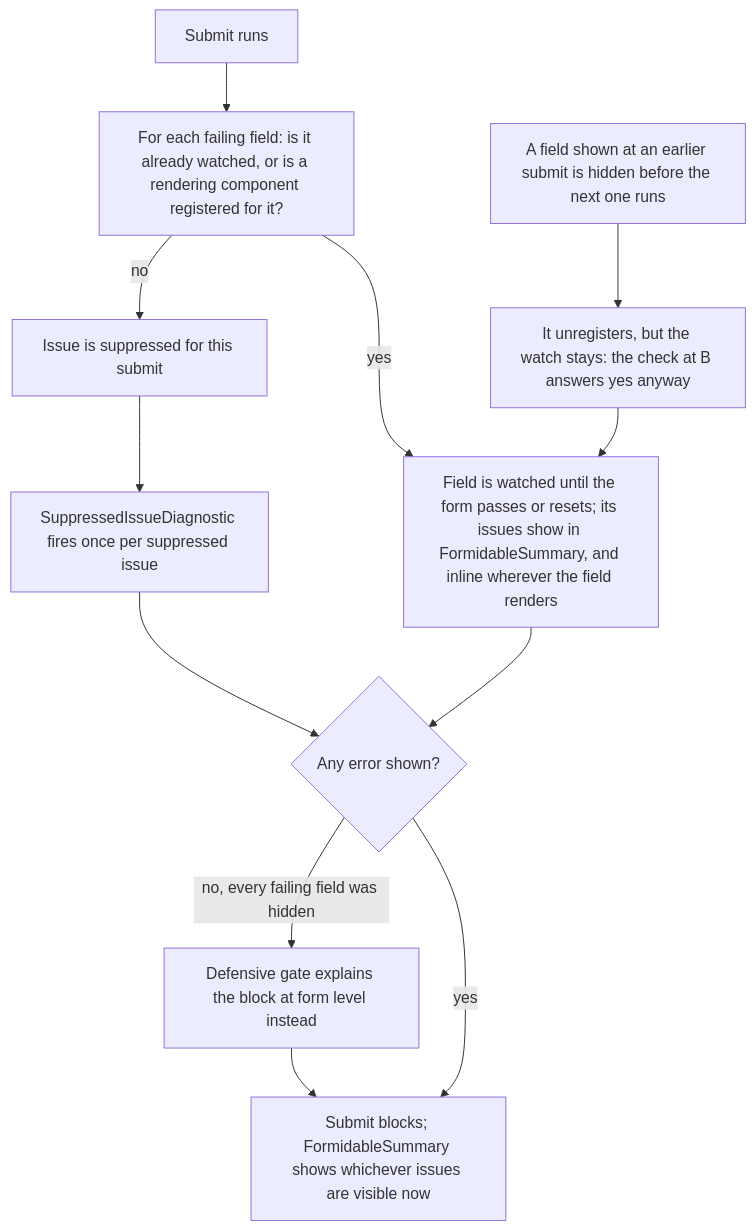
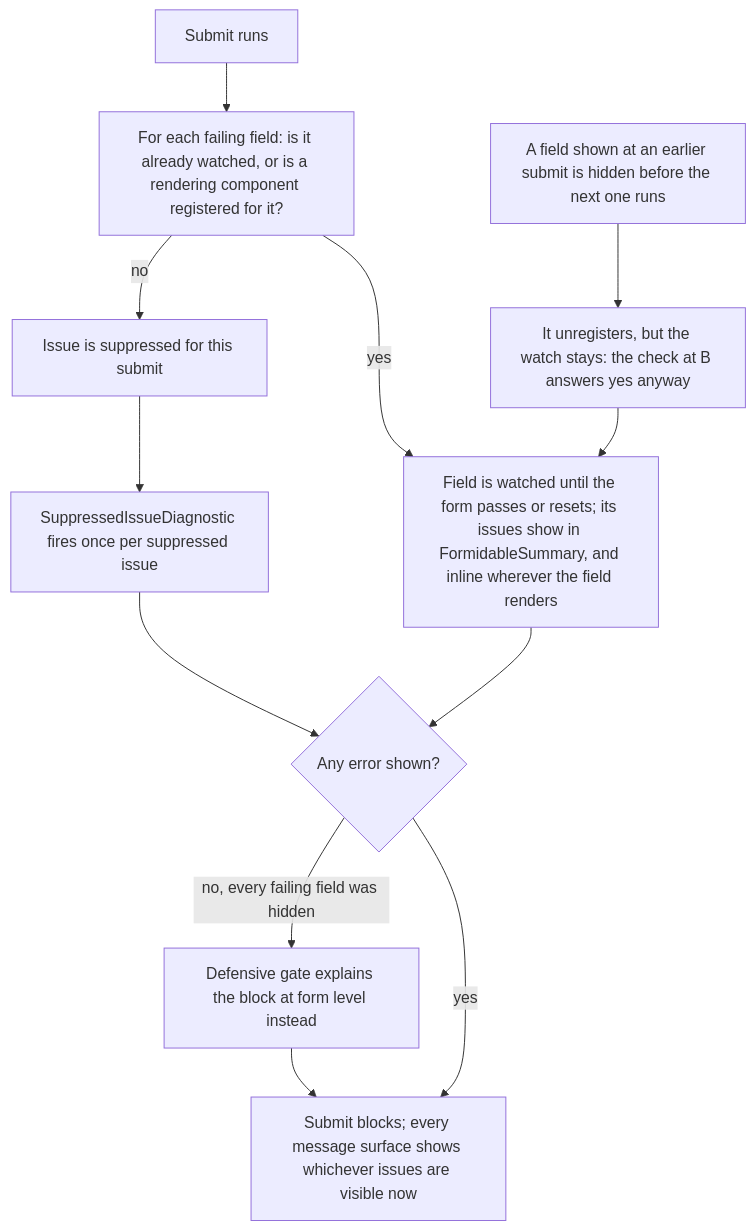
One commit to xfunc-pty-ltd/formidable changed the diagram in docs/disclosure.md. Above: the diagram before and after it, drawn with Mermaid. The commit also changed other lines of this file and 65 other files, not shown here.

````diff
--- a/docs/disclosure.md
+++ b/docs/disclosure.md
@@ -97,16 +111,16 @@
 ```mermaid
 flowchart TD
     A["Submit runs"] --> B["For each failing field: is it already watched, or is a rendering component registered for it?"]
     B -- "yes" --> C["Field is watched until the form passes or resets; its issues show in FormidableSummary, and inline wherever the field renders"]
     B -- "no" --> D["Issue is suppressed for this submit"]
     D --> E["SuppressedIssueDiagnostic fires once per suppressed issue"]
 
     C --> F{"Any error shown?"}
     E --> F
-    F -- "yes" --> G["Submit blocks; FormidableSummary shows whichever issues are visible now"]
+    F -- "yes" --> G["Submit blocks; every message surface shows whichever issues are visible now"]
     F -- "no, every failing field was hidden" --> H["Defensive gate explains the block at form level instead"]
     H --> G
 
     I["A field shown at an earlier submit is hidden before the next one runs"] --> J["It unregisters, but the watch stays: the check at B answers yes anyway"]
     J --> C
 ```
````
